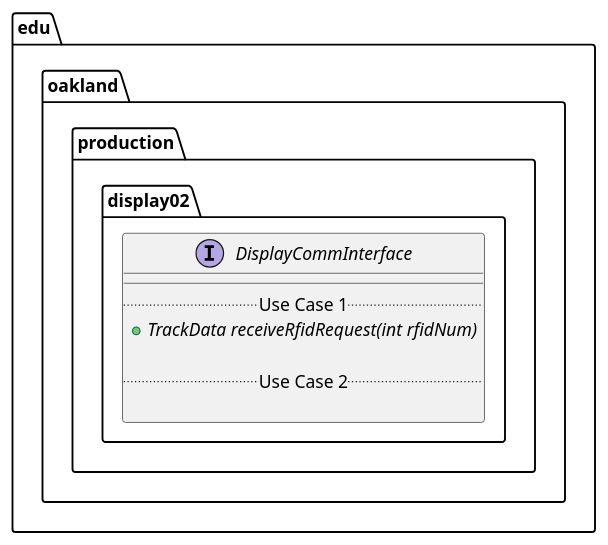
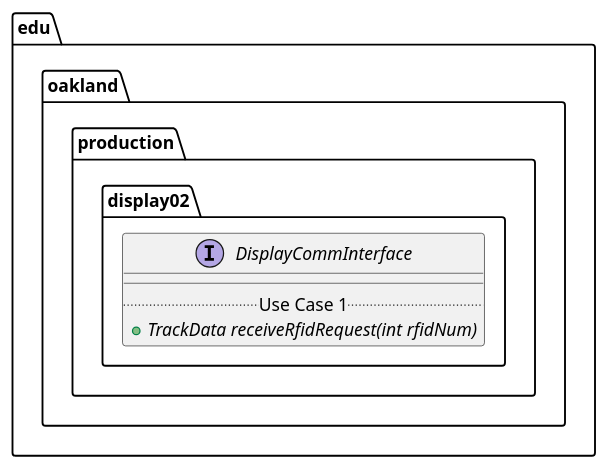
The diagram in docs/uml-class-diagrams/display02/production/DisplayCommInterface/DisplayCommInterface.puml (elilley15/csi-3370-software-project), drawn with PlantUML before and after one commit. The commit also changed 195 other files, not shown here.

```diff
--- a/docs/uml-class-diagrams/display02/production/DisplayCommInterface/DisplayCommInterface.puml
+++ b/docs/uml-class-diagrams/display02/production/DisplayCommInterface/DisplayCommInterface.puml
@@ -1,14 +1,11 @@
 @startuml DisplayCommInterface
 
 package edu.oakland.production.display02 {
     interface DisplayCommInterface {
         __
         .. Use Case 1 ..
         {abstract} + TrackData receiveRfidRequest(int rfidNum)
-
-        .. Use Case 2 ..
-
     }
 }
 
 @enduml
```
